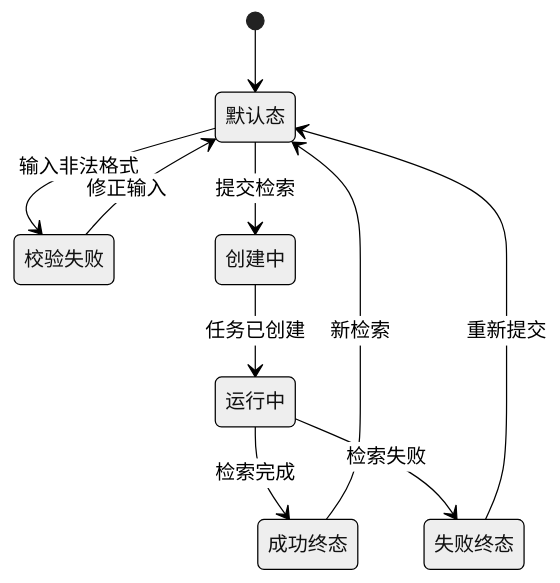
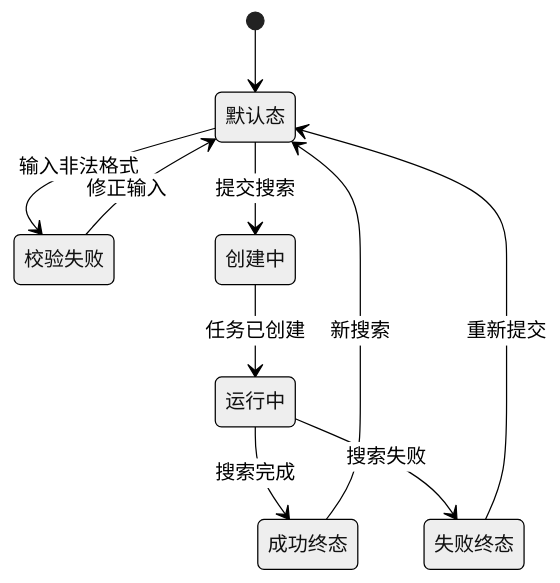
One commit to coeoo/AetherFlow changed the second of 2 diagrams in docs/13-界面设计/P101-CVE检索工作台页面设计.md. Above: the diagram before and after it, drawn with Mermaid (neutral theme). The commit also changed other lines of this file and 55 other files, not shown here.

````diff
--- a/docs/13-界面设计/P101-CVE检索工作台页面设计.md
+++ b/docs/13-界面设计/P101-CVE检索工作台页面设计.md
@@ -96,12 +60,12 @@
 ```mermaid
 stateDiagram-v2
     [*] --> 默认态
     默认态 --> 校验失败 : 输入非法格式
-    默认态 --> 创建中 : 提交检索
+    默认态 --> 创建中 : 提交搜索
     校验失败 --> 默认态 : 修正输入
     创建中 --> 运行中 : 任务已创建
-    运行中 --> 成功终态 : 检索完成
-    运行中 --> 失败终态 : 检索失败
-    成功终态 --> 默认态 : 新检索
+    运行中 --> 成功终态 : 搜索完成
+    运行中 --> 失败终态 : 搜索失败
+    成功终态 --> 默认态 : 新搜索
     失败终态 --> 默认态 : 重新提交
 ```
````
